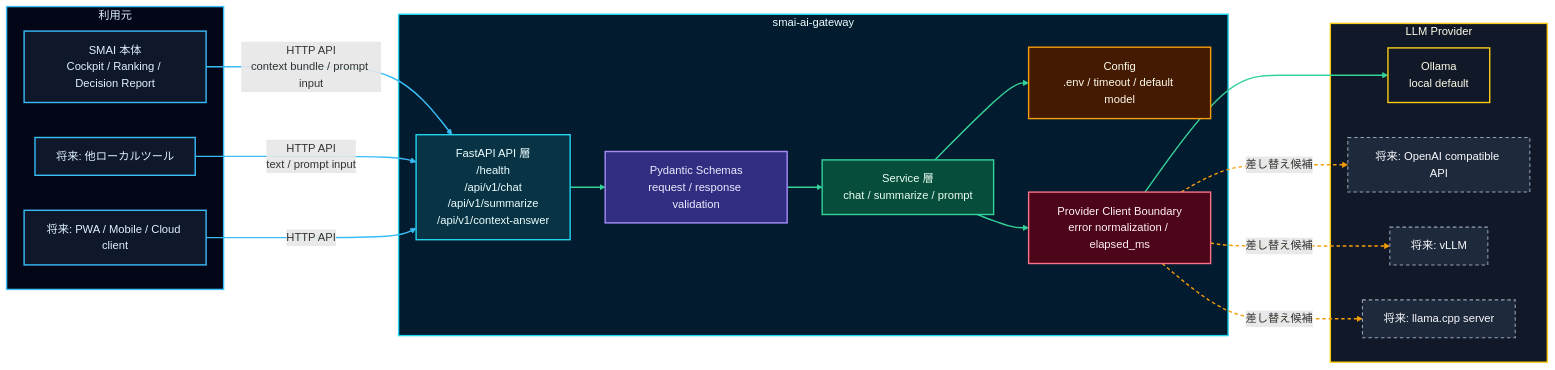
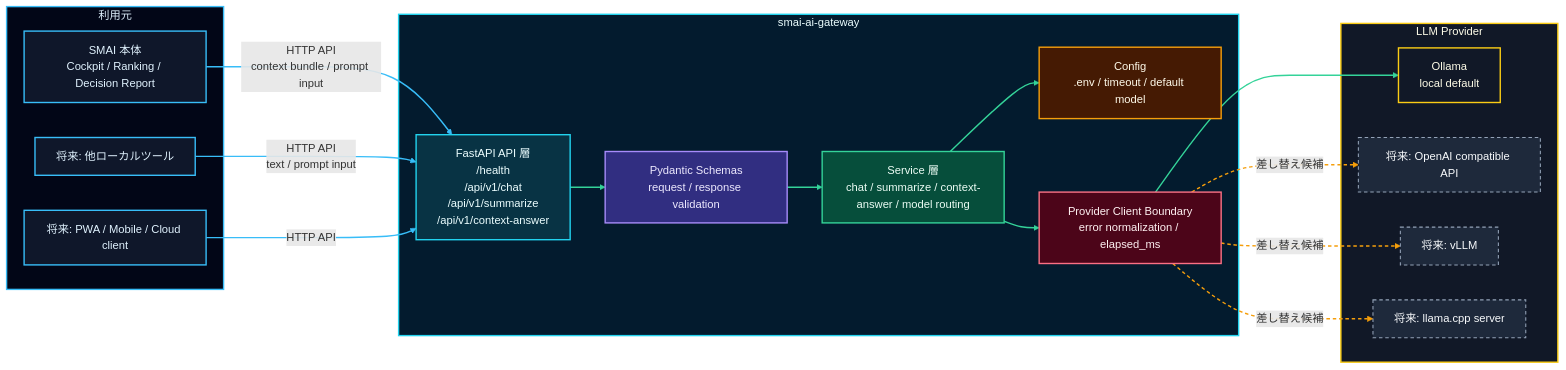
Before and after one commit to yuki-godzilla/Smart_Market_AI: the diagram in smai-ai-gateway/README.md, drawn with Mermaid. The commit also changed other lines of this file and 9 other files, not shown here.

````diff
--- a/smai-ai-gateway/README.md
+++ b/smai-ai-gateway/README.md
@@ -37,62 +37,62 @@
 ```mermaid
 flowchart LR
   subgraph clients["利用元"]
     smai["SMAI 本体<br/>Cockpit / Ranking / Decision Report"]
     localtools["将来: 他ローカルツール"]
     future["将来: PWA / Mobile / Cloud client"]
   end
 
   subgraph gateway["smai-ai-gateway"]
     api["FastAPI API 層<br/>/health<br/>/api/v1/chat<br/>/api/v1/summarize<br/>/api/v1/context-answer"]
     schemas["Pydantic Schemas<br/>request / response validation"]
-    services["Service 層<br/>chat / summarize / prompt"]
+    services["Service 層<br/>chat / summarize / context-answer / model routing"]
     config["Config<br/>.env / timeout / default model"]
     provider["Provider Client Boundary<br/>error normalization / elapsed_ms"]
   end
 
   subgraph providers["LLM Provider"]
     ollama["Ollama<br/>local default"]
     openai["将来: OpenAI compatible API"]
     vllm["将来: vLLM"]
     llamacpp["将来: llama.cpp server"]
   end
 
   smai -- "HTTP API<br/>context bundle / prompt input" --> api
   localtools -- "HTTP API<br/>text / prompt input" --> api
   future -- "HTTP API" --> api
 
   api --> schemas
   schemas --> services
   services --> config
   services --> provider
   provider --> ollama
   provider -. "差し替え候補" .-> openai
   provider -. "差し替え候補" .-> vllm
   provider -. "差し替え候補" .-> llamacpp
 
   classDef client fill:#0f172a,stroke:#38bdf8,color:#e0f2fe,stroke-width:2px;
   classDef api fill:#083344,stroke:#22d3ee,color:#ecfeff,stroke-width:2px;
   classDef schema fill:#312e81,stroke:#a78bfa,color:#ede9fe,stroke-width:2px;
   classDef service fill:#064e3b,stroke:#34d399,color:#ecfdf5,stroke-width:2px;
   classDef config fill:#451a03,stroke:#f59e0b,color:#fffbeb,stroke-width:2px;
   classDef boundary fill:#4c0519,stroke:#fb7185,color:#fff1f2,stroke-width:2px;
   classDef provider fill:#111827,stroke:#facc15,color:#fefce8,stroke-width:2px;
   classDef futureProvider fill:#1e293b,stroke:#94a3b8,color:#f8fafc,stroke-width:1.5px,stroke-dasharray: 5 4;
 
   class smai,localtools,future client;
   class api api;
   class schemas schema;
   class services service;
   class config config;
   class provider boundary;
   class ollama provider;
   class openai,vllm,llamacpp futureProvider;
 
   style clients fill:#020617,stroke:#38bdf8,stroke-width:2px,color:#e0f2fe;
   style gateway fill:#031b2e,stroke:#22d3ee,stroke-width:2px,color:#ecfeff;
   style providers fill:#111827,stroke:#facc15,stroke-width:2px,color:#fefce8;
 
   linkStyle 0,1,2 stroke:#38bdf8,stroke-width:2px;
   linkStyle 3,4,5,6,7 stroke:#34d399,stroke-width:2px;
   linkStyle 8,9,10 stroke:#f59e0b,stroke-width:2px,stroke-dasharray: 5 4;
 ```
````
